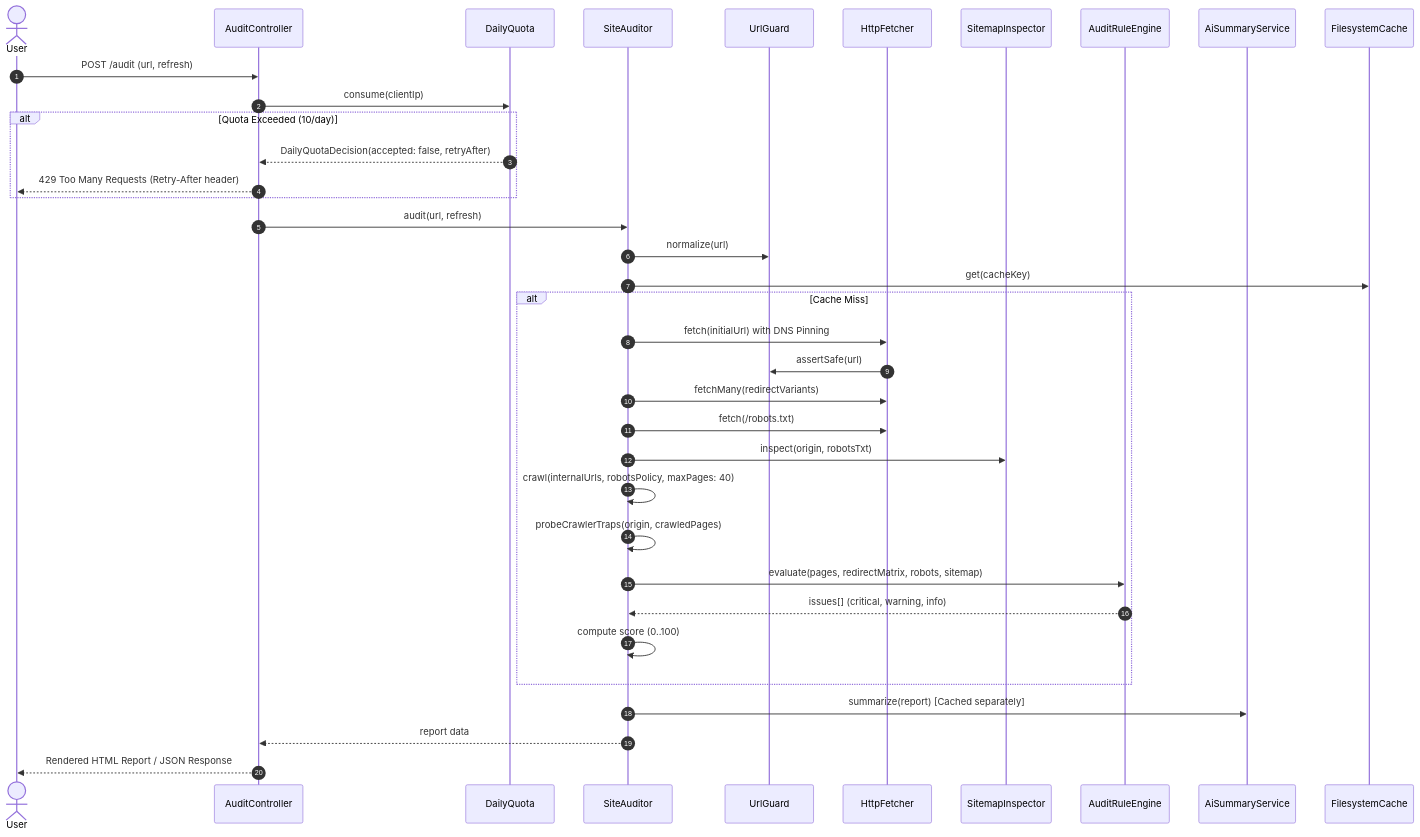
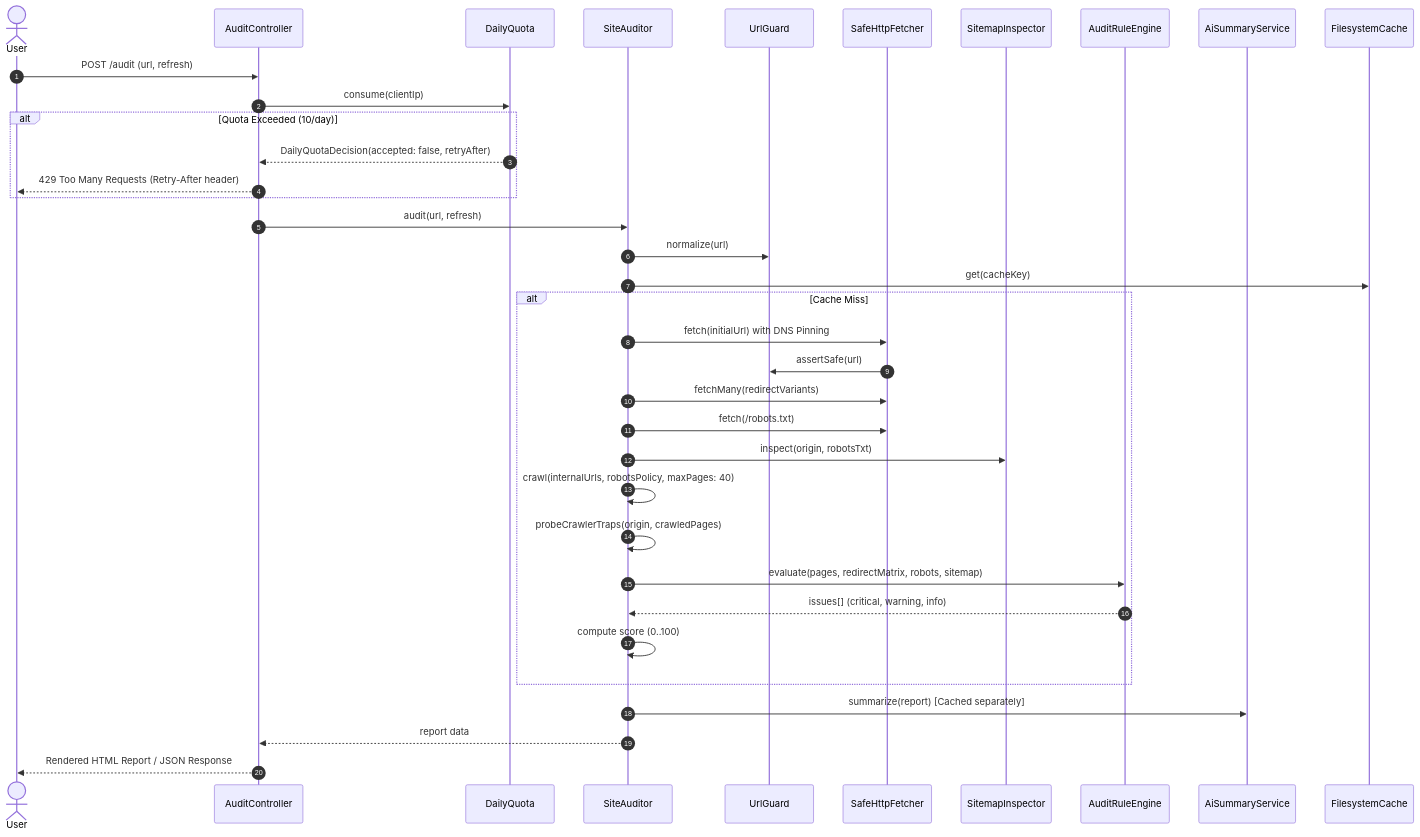
Before and after one commit to bahdanhal/landing: the second of 3 diagrams in ARCHITECTURE.md, drawn with Mermaid. The commit also changed other lines of this file and 63 other files, not shown here.

First line of the commit message:
Refactor architecture and eliminate PHPStan Level 8 baseline

````diff
--- a/ARCHITECTURE.md
+++ b/ARCHITECTURE.md
@@ -147,39 +155,39 @@
 ```mermaid
 sequenceDiagram
     autonumber
     actor User
     participant Controller as AuditController
     participant Quota as DailyQuota
     participant Auditor as SiteAuditor
     participant Guard as UrlGuard
-    participant Fetcher as HttpFetcher
+    participant Fetcher as SafeHttpFetcher
     participant Inspector as SitemapInspector
     participant Rules as AuditRuleEngine
     participant AI as AiSummaryService
     participant Cache as FilesystemCache
 
     User->>Controller: POST /audit (url, refresh)
     Controller->>Quota: consume(clientIp)
     alt Quota Exceeded (10/day)
         Quota-->>Controller: DailyQuotaDecision(accepted: false, retryAfter)
         Controller-->>User: 429 Too Many Requests (Retry-After header)
     end
     Controller->>Auditor: audit(url, refresh)
     Auditor->>Guard: normalize(url)
     Auditor->>Cache: get(cacheKey)
     alt Cache Miss
         Auditor->>Fetcher: fetch(initialUrl) with DNS Pinning
         Fetcher->>Guard: assertSafe(url)
         Auditor->>Fetcher: fetchMany(redirectVariants)
         Auditor->>Fetcher: fetch(/robots.txt)
         Auditor->>Inspector: inspect(origin, robotsTxt)
         Auditor->>Auditor: crawl(internalUrls, robotsPolicy, maxPages: 40)
         Auditor->>Auditor: probeCrawlerTraps(origin, crawledPages)
         Auditor->>Rules: evaluate(pages, redirectMatrix, robots, sitemap)
         Rules-->>Auditor: issues[] (critical, warning, info)
         Auditor->>Auditor: compute score (0..100)
     end
     Auditor->>AI: summarize(report) [Cached separately]
     Auditor-->>Controller: report data
     Controller-->>User: Rendered HTML Report / JSON Response
 ```
````
